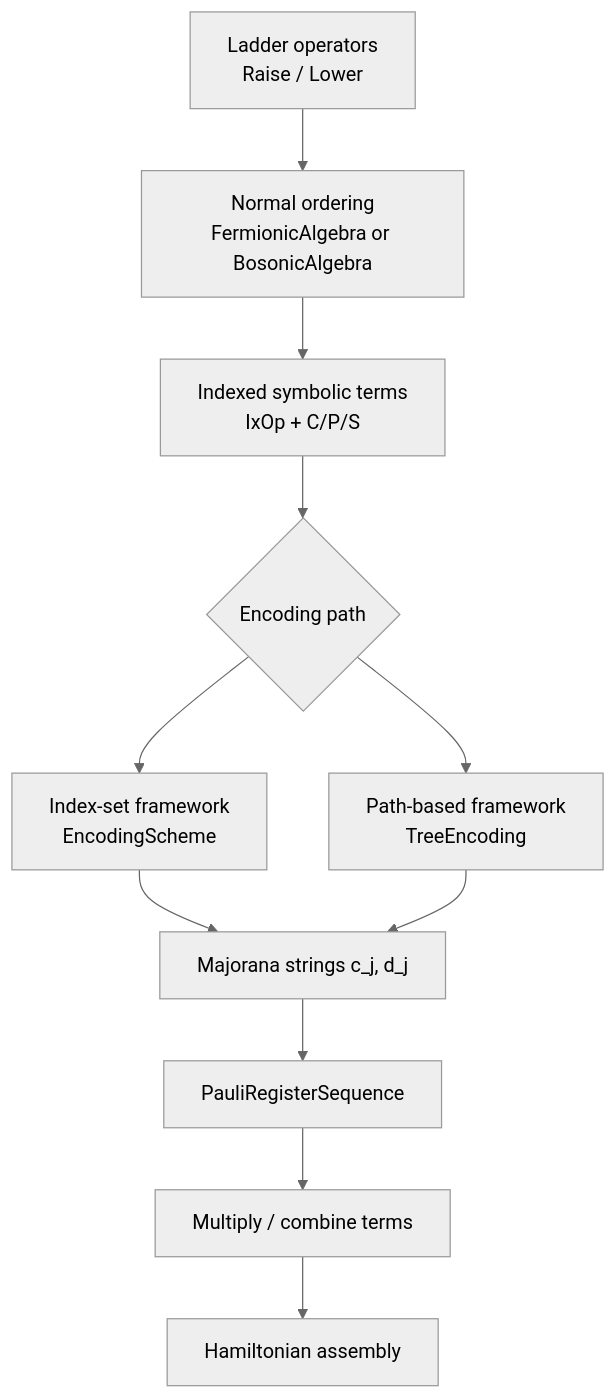
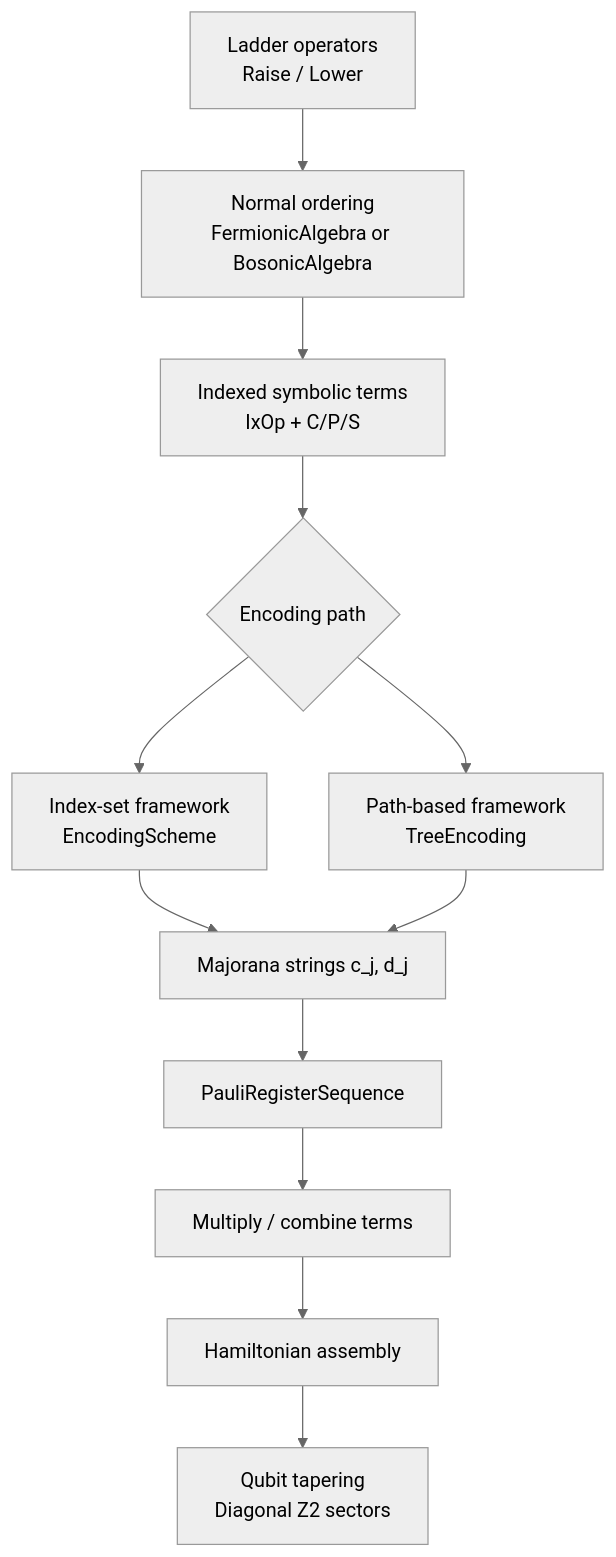
Before and after one commit to johnazariah/encodings: the diagram in docs/guides/architecture.md, drawn with Mermaid (neutral theme). The commit also changed other lines of this file and 22 other files, not shown here.

First line of the commit message:
feat: qubit tapering v1+v2 with Clifford rotation, docs, and benchmarks

````diff
--- a/docs/guides/architecture.md
+++ b/docs/guides/architecture.md
@@ -18,13 +19,14 @@
 ```mermaid
 flowchart TD
     A[Ladder operators<br/>Raise / Lower] --> B[Normal ordering<br/>FermionicAlgebra or BosonicAlgebra]
     B --> C[Indexed symbolic terms<br/>IxOp + C/P/S]
     C --> D{Encoding path}
     D --> E[Index-set framework<br/>EncodingScheme]
     D --> F[Path-based framework<br/>TreeEncoding]
     E --> G[Majorana strings c_j, d_j]
     F --> G
     G --> H[PauliRegisterSequence]
     H --> I[Multiply / combine terms]
     I --> J[Hamiltonian assembly]
+    J --> K[Qubit tapering<br/>Diagonal Z2 sectors]
 ```
````
